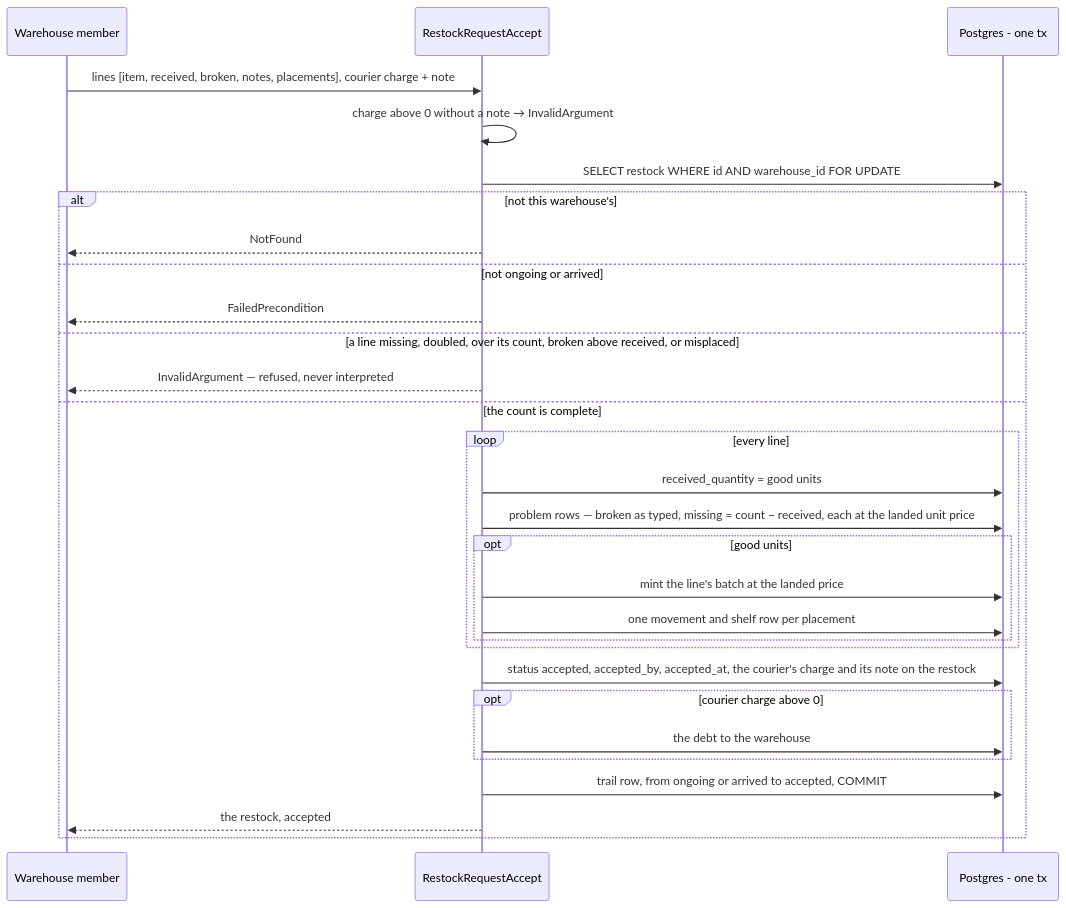
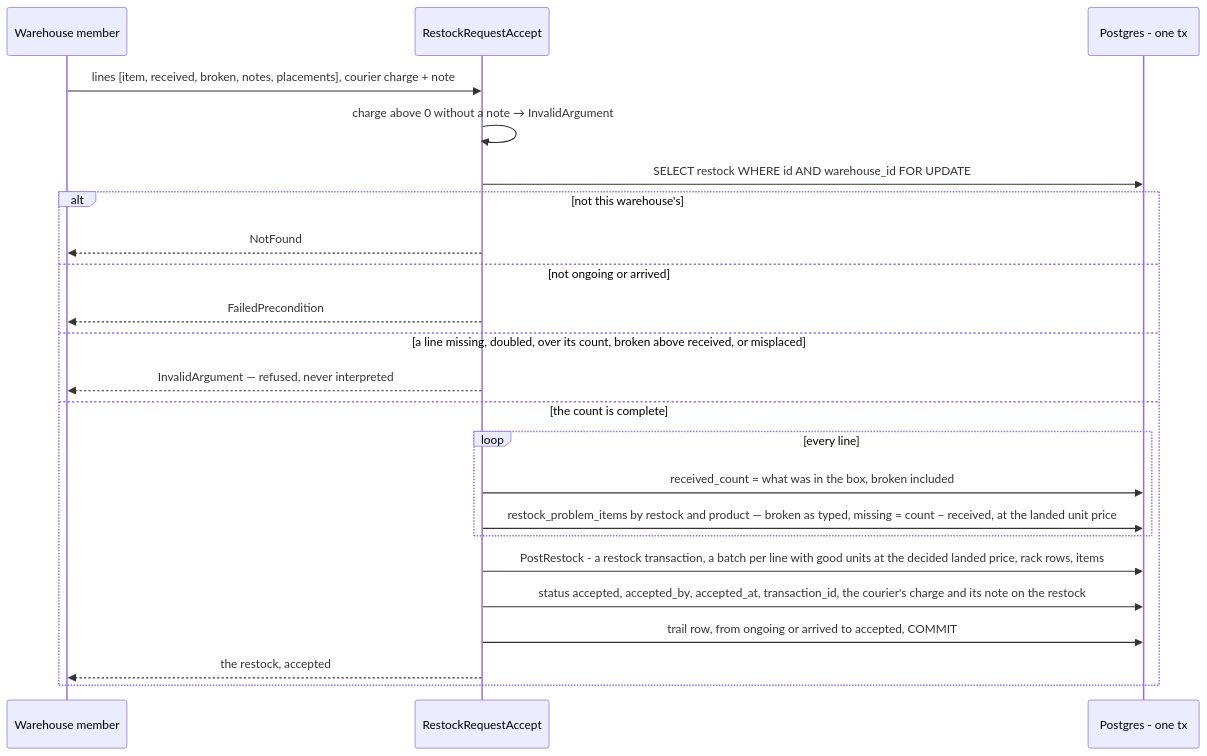
The third of 20 diagrams in docs/services/inventory_service/rpc.md (pdcgo/warehouse_revamp), drawn with Mermaid before and after one commit. The commit also changed other lines of this file and 313 other files, not shown here.

````diff
--- a/docs/services/inventory_service/rpc.md
+++ b/docs/services/inventory_service/rpc.md
@@ -105,32 +109,26 @@
 ```mermaid
 sequenceDiagram
     participant W as Warehouse member
     participant H as RestockRequestAccept
     participant DB as Postgres - one tx
 
     W->>H: lines [item, received, broken, notes, placements], courier charge + note
     H->>H: charge above 0 without a note → InvalidArgument
     H->>DB: SELECT restock WHERE id AND warehouse_id FOR UPDATE
     alt not this warehouse's
         H-->>W: NotFound
     else not ongoing or arrived
         H-->>W: FailedPrecondition
     else a line missing, doubled, over its count, broken above received, or misplaced
         H-->>W: InvalidArgument — refused, never interpreted
     else the count is complete
         loop every line
-            H->>DB: received_quantity = good units
-            H->>DB: problem rows — broken as typed, missing = count − received, each at the landed unit price
-            opt good units
-                H->>DB: mint the line's batch at the landed price
-                H->>DB: one movement and shelf row per placement
-            end
+            H->>DB: received_count = what was in the box, broken included
+            H->>DB: restock_problem_items by restock and product — broken as typed, missing = count − received, at the landed unit price
         end
-        H->>DB: status accepted, accepted_by, accepted_at, the courier's charge and its note on the restock
-        opt courier charge above 0
-            H->>DB: the debt to the warehouse
-        end
+        H->>DB: PostRestock - a restock transaction, a batch per line with good units at the decided landed price, rack rows, items
+        H->>DB: status accepted, accepted_by, accepted_at, transaction_id, the courier's charge and its note on the restock
         H->>DB: trail row, from ongoing or arrived to accepted, COMMIT
         H-->>W: the restock, accepted
     end
 ```
````
